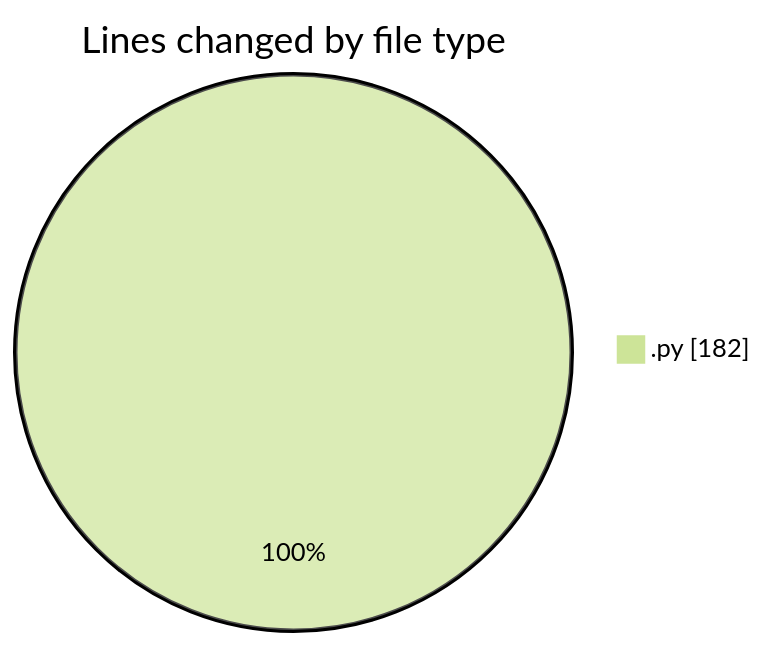
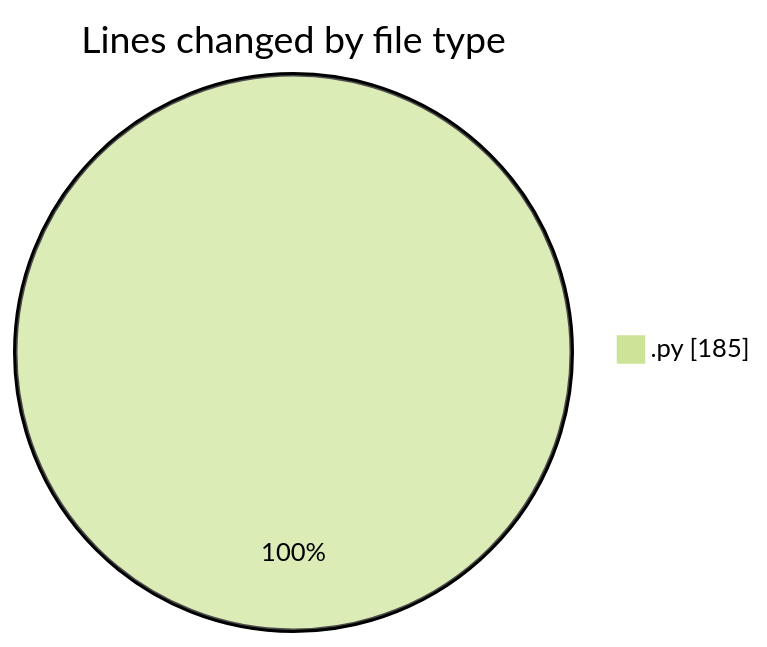
Before and after one commit to momahboobian/code-tracking: the first of 2 diagrams in 2025-02-13/samplepdf/README.md, drawn with Mermaid (forest theme). The commit also changed other lines of this file and 1 other file, not shown here.

````diff
--- a/2025-02-13/samplepdf/README.md
+++ b/2025-02-13/samplepdf/README.md
@@ -22,5 +22,5 @@
 ```mermaid
 pie showData
 title Lines changed by file type
-".py" : 182
+".py" : 185
 ```
````
